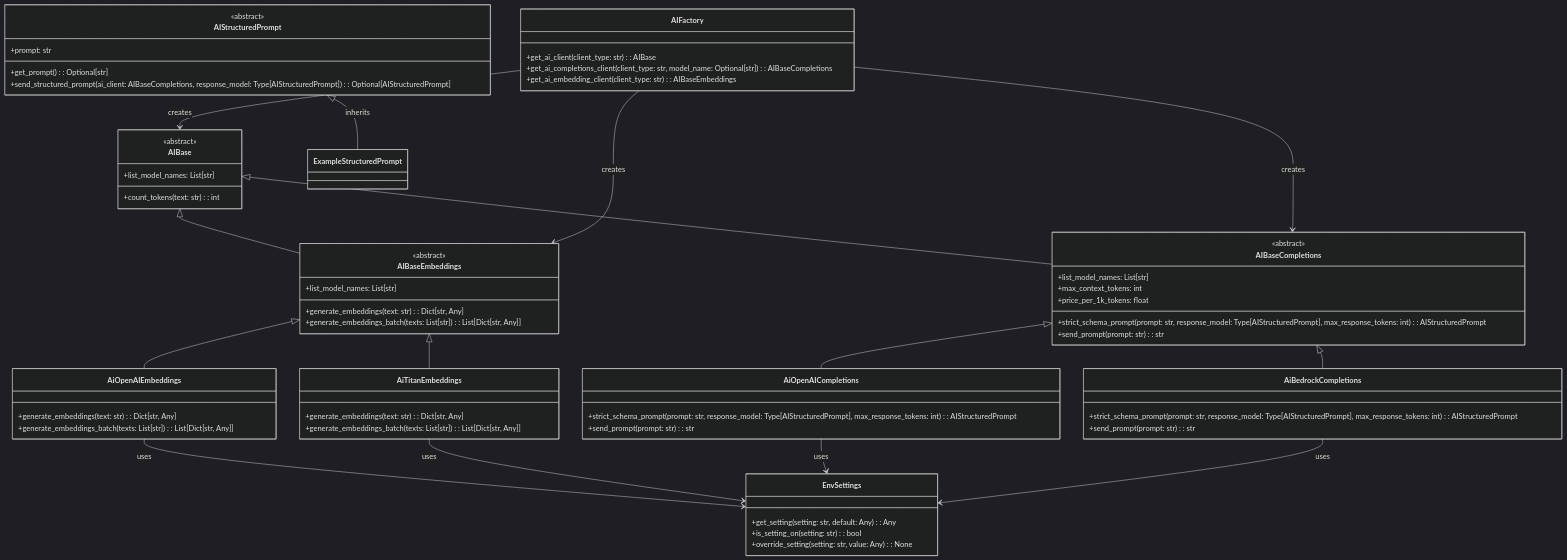
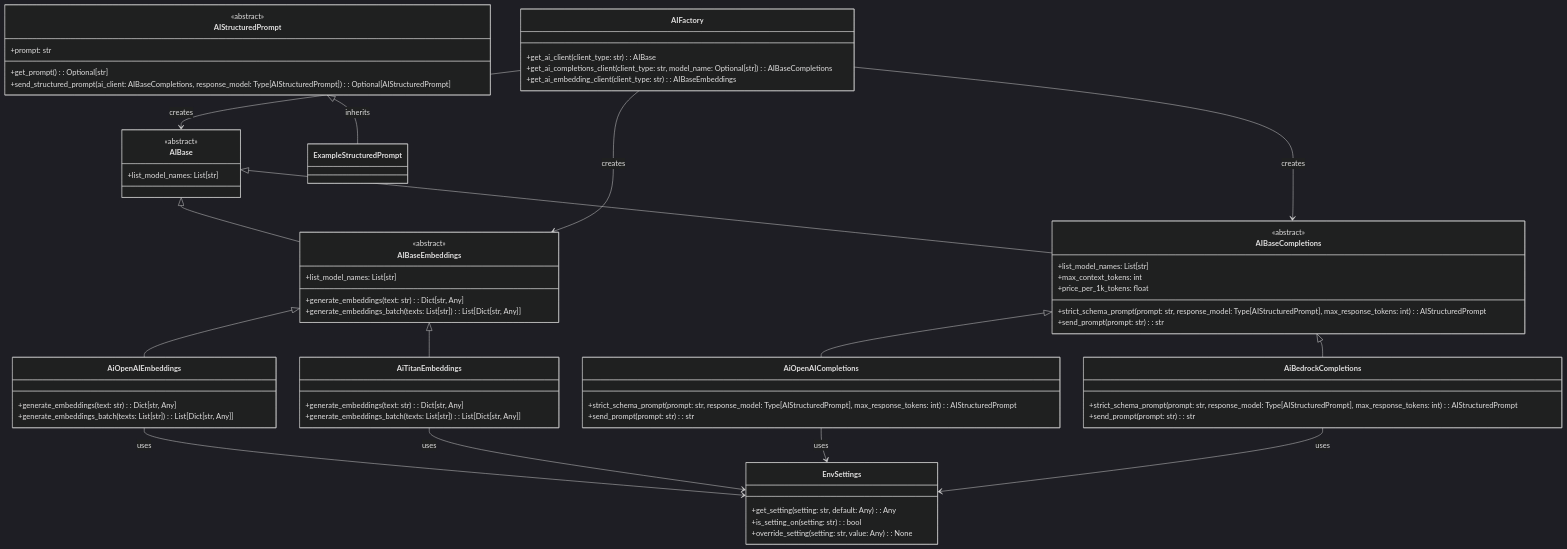
Before and after one commit to davecthomas/ai-api-unified: the diagram in README.md, drawn with Mermaid (dark theme). The commit also changed other lines of this file and 5 other files, not shown here.

```diff
--- a/README.md
+++ b/README.md
@@ -19,7 +20,6 @@
 class AIBase {
   <<abstract>>
   +list_model_names: List[str]
-  +count_tokens(text: str): int
 }
 
 class AIBaseEmbeddings {
```
